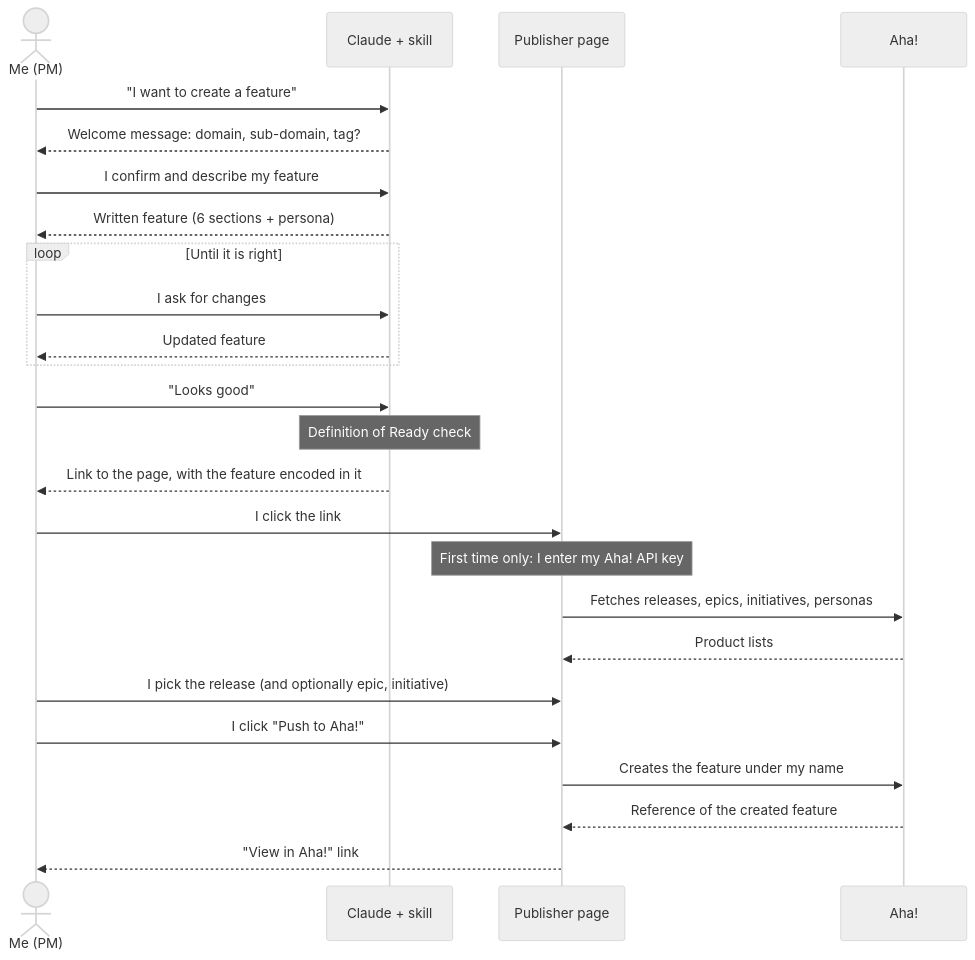
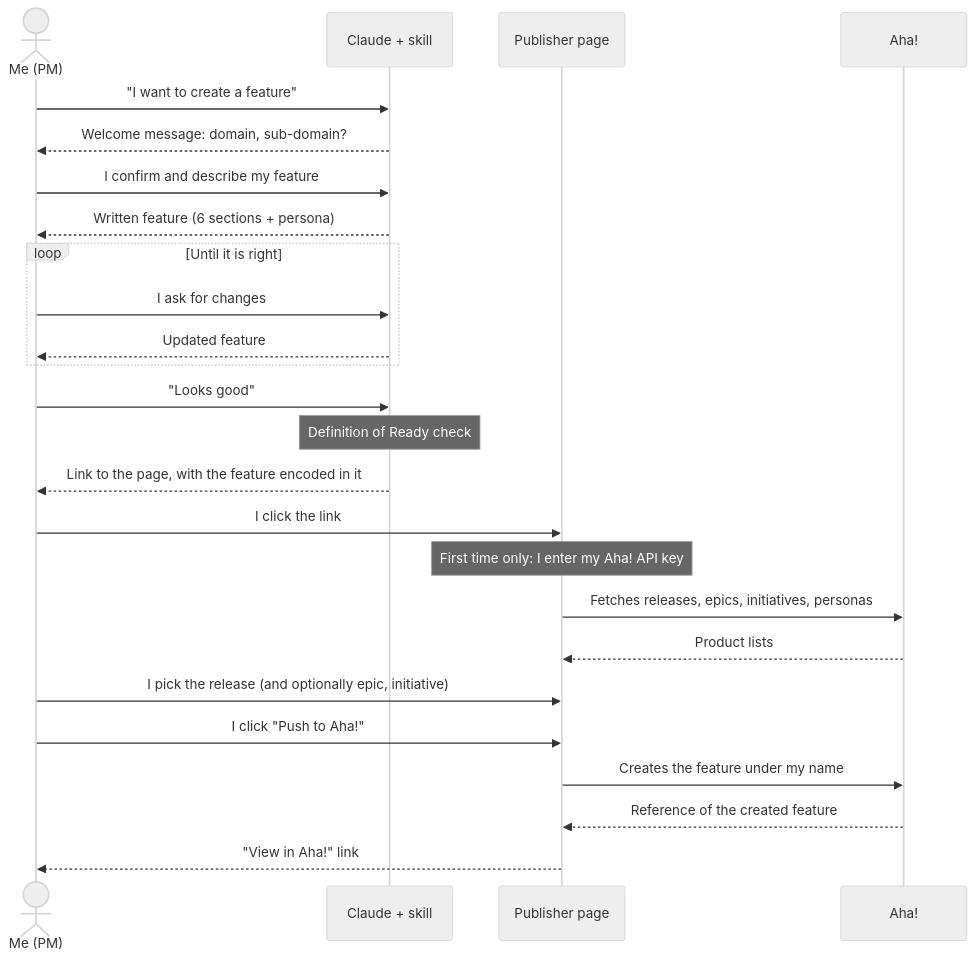
The second of 2 diagrams in aha/README.md (berenaud/cegid-retail), drawn with Mermaid (neutral theme) before and after one commit. The commit also changed other lines of this file, not shown here.

````diff
--- a/aha/README.md
+++ b/aha/README.md
@@ -143,28 +155,28 @@
 ```mermaid
 sequenceDiagram
     actor PM as Me (PM)
     participant C as Claude + skill
     participant P as Publisher page
     participant A as Aha!
 
     PM->>C: "I want to create a feature"
-    C-->>PM: Welcome message: domain, sub-domain, tag?
+    C-->>PM: Welcome message: domain, sub-domain?
     PM->>C: I confirm and describe my feature
     C-->>PM: Written feature (6 sections + persona)
     loop Until it is right
         PM->>C: I ask for changes
         C-->>PM: Updated feature
     end
     PM->>C: "Looks good"
     Note over C: Definition of Ready check
     C-->>PM: Link to the page, with the feature encoded in it
     PM->>P: I click the link
     Note over P: First time only: I enter my Aha! API key
     P->>A: Fetches releases, epics, initiatives, personas
     A-->>P: Product lists
     PM->>P: I pick the release (and optionally epic, initiative)
     PM->>P: I click "Push to Aha!"
     P->>A: Creates the feature under my name
     A-->>P: Reference of the created feature
     P-->>PM: "View in Aha!" link
 ```
````
